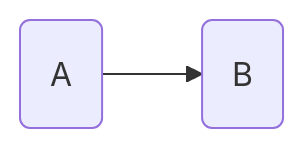
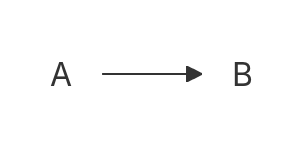
The first of 6 diagrams in docs/Bioinformatics_Concepts/Population_Stratification.md (trafalmadorian97/mecfs_bioinformatics), drawn with Mermaid before and after one commit. The commit also changed other lines of this file, not shown here.

````diff
--- a/docs/Bioinformatics_Concepts/Population_Stratification.md
+++ b/docs/Bioinformatics_Concepts/Population_Stratification.md
@@ -11,4 +11,8 @@
 ``` mermaid
 graph LR
 A(A) --> B(B);
+
+classDef normal fill:transparent,stroke:transparent;
+classDef conditioned fill:transparent,stroke:#444,stroke-width:2px;
+class A,B normal;
 ```
````
